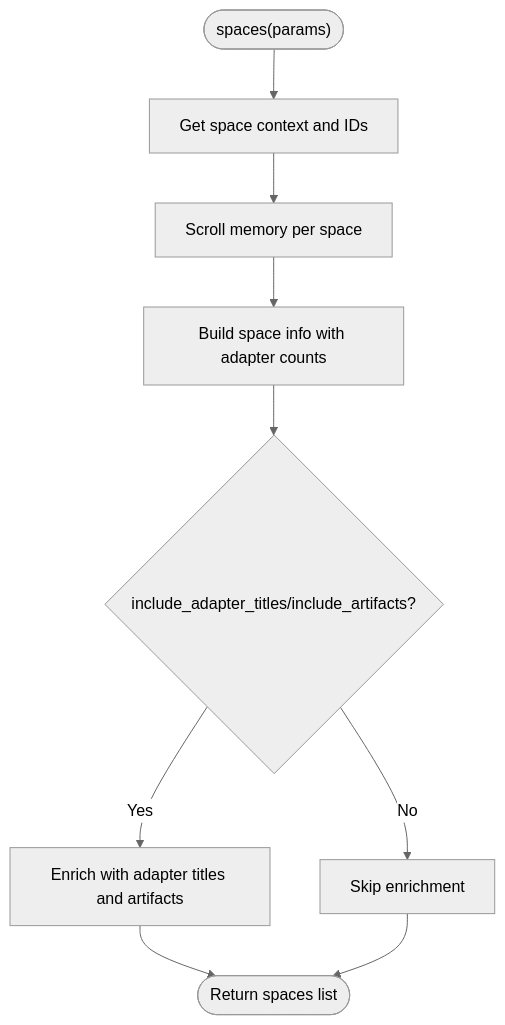
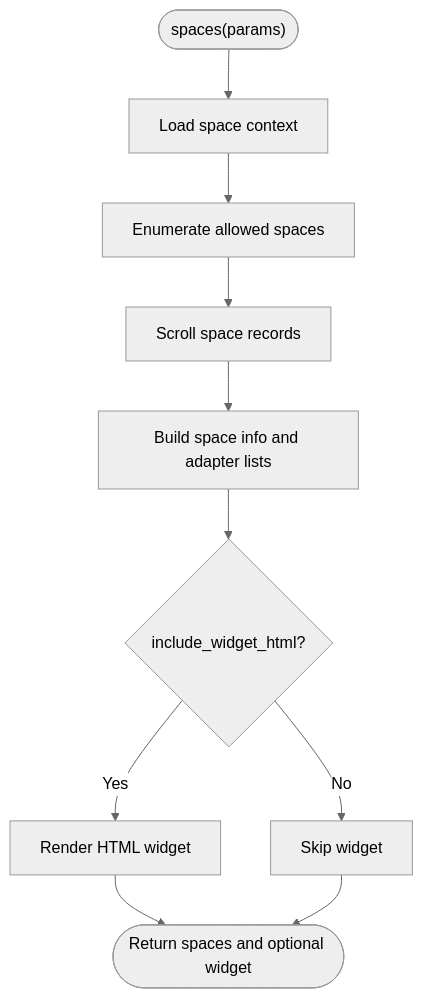
One commit to SquadRules/mcp changed the tenth of 11 diagrams in .qoder/repowiki/en/content/MCP Tools Reference/MCP Tools Reference.md. Above: the diagram before and after it, drawn with Mermaid (neutral theme). The commit also changed other lines of this file and 553 other files, not shown here.

````diff
--- a/.qoder/repowiki/en/content/MCP Tools Reference/MCP Tools Reference.md
+++ b/.qoder/repowiki/en/content/MCP Tools Reference/MCP Tools Reference.md
@@ -582,11 +541,12 @@
 ```mermaid
 flowchart TD
-Start(["spaces(params)"]) --> GetContext["Get space context and IDs"]
-GetContext --> ScrollSpace["Scroll memory per space"]
-ScrollSpace --> BuildInfo["Build space info with adapter counts"]
-BuildInfo --> OptionalData{"include_adapter_titles/include_artifacts?"}
-OptionalData --> |Yes| Enrich["Enrich with adapter titles and artifacts"]
-OptionalData --> |No| Skip["Skip enrichment"]
-Enrich --> Output(["Return spaces list"])
-Skip --> Output
+Start(["spaces(params)"]) --> LoadContext["Load space context"]
+LoadContext --> Enumerate["Enumerate allowed spaces"]
+Enumerate --> ScrollSpace["Scroll space records"]
+ScrollSpace --> BuildInfo["Build space info and adapter lists"]
+BuildInfo --> MaybeWidget{"include_widget_html?"}
+MaybeWidget --> |Yes| RenderWidget["Render HTML widget"]
+MaybeWidget --> |No| SkipWidget["Skip widget"]
+RenderWidget --> Return(["Return spaces and optional widget"])
+SkipWidget --> Return
 ```
````
